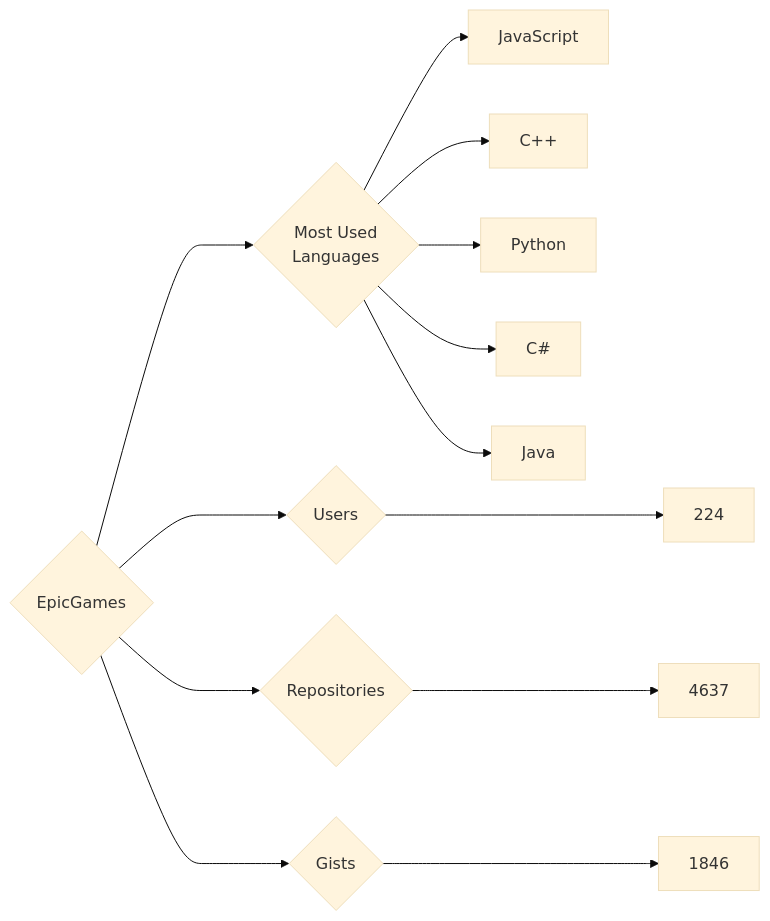
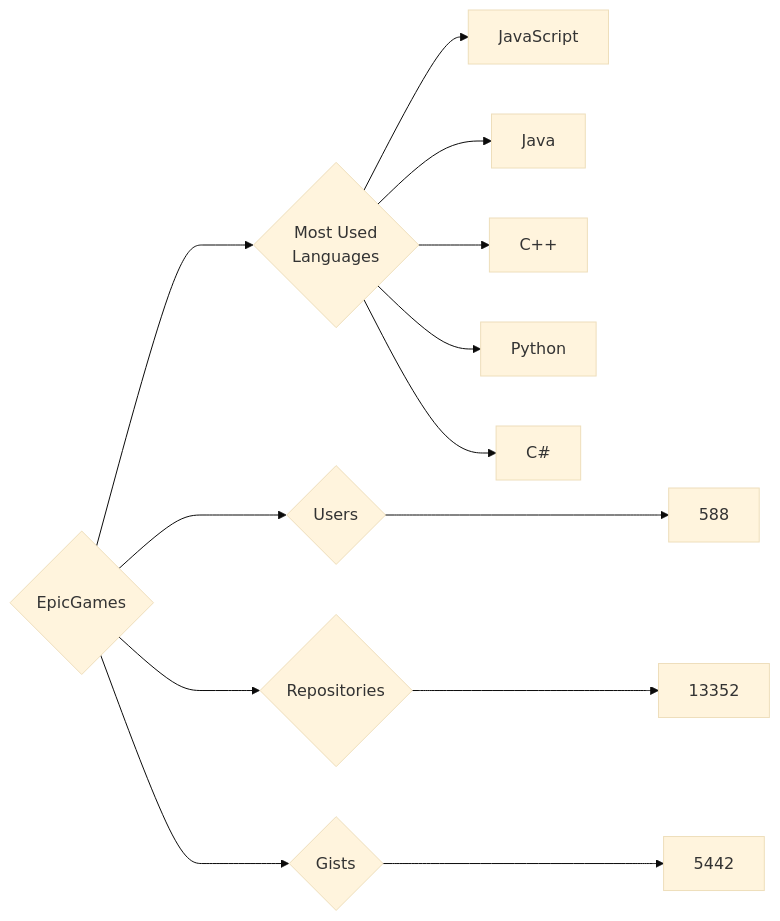
Before and after one commit to trickest/insiders: the diagram in targets/EpicGames/README.md, drawn with Mermaid (base theme). The commit also changed 688 other files, not shown here.

````diff
--- a/targets/EpicGames/README.md
+++ b/targets/EpicGames/README.md
@@ -3,13 +3,13 @@
 ```mermaid
 graph LR
 COMPANY_NAME{EpicGames}
-COMPANY_NAME ---> U{Users} ---> UN[224]
-COMPANY_NAME ---> R{Repositories} ---> RN[4637]
-COMPANY_NAME ---> G{Gists} ---> GN[1846]
+COMPANY_NAME ---> U{Users} ---> UN[588]
+COMPANY_NAME ---> R{Repositories} ---> RN[13352]
+COMPANY_NAME ---> G{Gists} ---> GN[5442]
 COMPANY_NAME ---> ML{Most Used<br>Languages}
 ML --> JavaScript[JavaScript]
+ML --> Java[Java]
 ML --> C++[C++]
 ML --> Python[Python]
 ML --> C#[C#]
-ML --> Java[Java]
 ```
````
